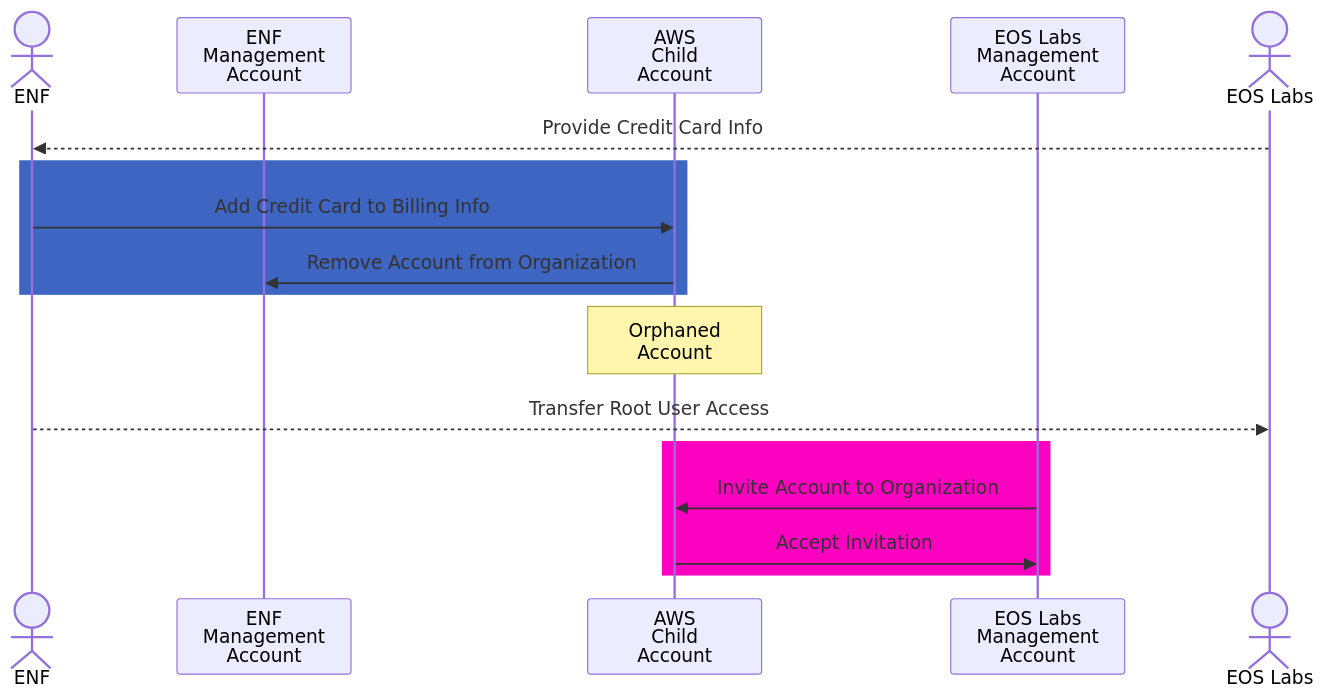
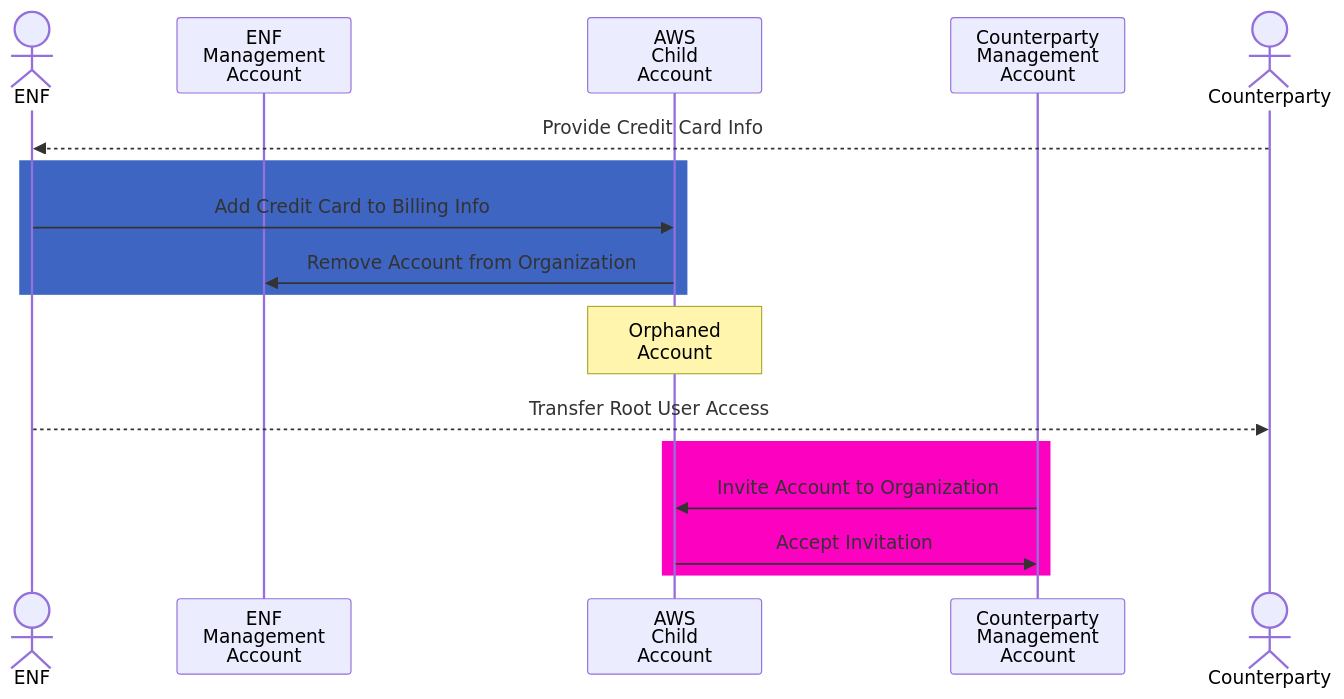
Before and after one commit to eosnetworkfoundation/engineering: the third of 3 diagrams in process/aws-account-migration.md, drawn with Mermaid. The commit also changed other lines of this file, not shown here.

Commit message:
Rename "EOS Labs" to "Counterparty"

````diff
--- a/process/aws-account-migration.md
+++ b/process/aws-account-migration.md
@@ -159,20 +159,20 @@
 ```mermaid
 sequenceDiagram
     actor enf as ENF
     participant enfAWS as ENF<br/>Management<br/>Account
     participant acct as AWS<br/>Child<br/>Account
-    participant labsAWS as EOS Labs<br/>Management<br/>Account
-    actor labs as EOS Labs
+    participant labsAWS as Counterparty<br/>Management<br/>Account
+    actor labs as Counterparty
 
     labs -->> enf: Provide Credit Card Info
     rect rgb(62, 101, 194)
         enf ->> acct: Add Credit Card to Billing Info
         acct ->> enfAWS: Remove Account from Organization
     end
     note over acct: Orphaned<br/>Account
     enf -->> labs: Transfer Root User Access
     rect rgb(253, 1, 193)
         labsAWS ->> acct: Invite Account to Organization
         acct ->> labsAWS: Accept Invitation
     end
 ```
````
